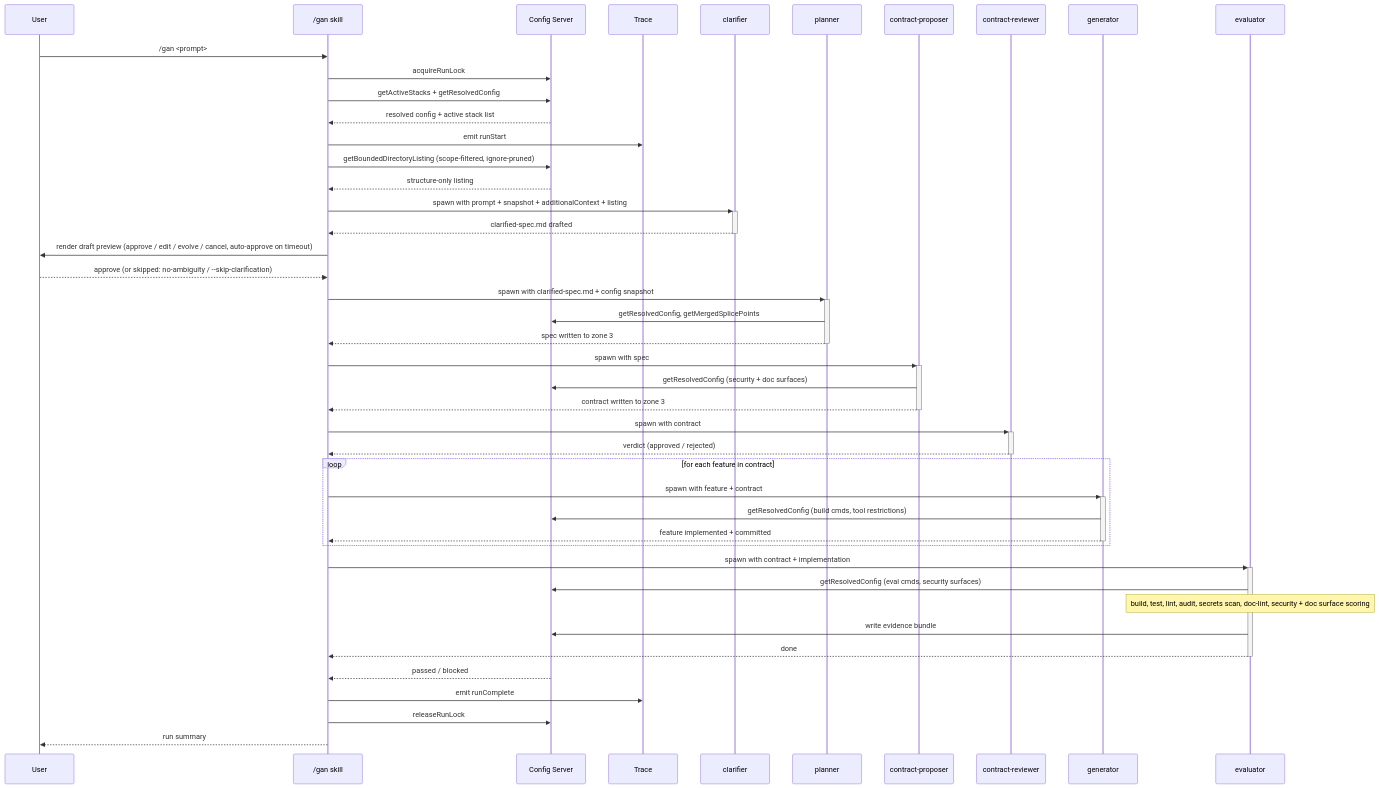
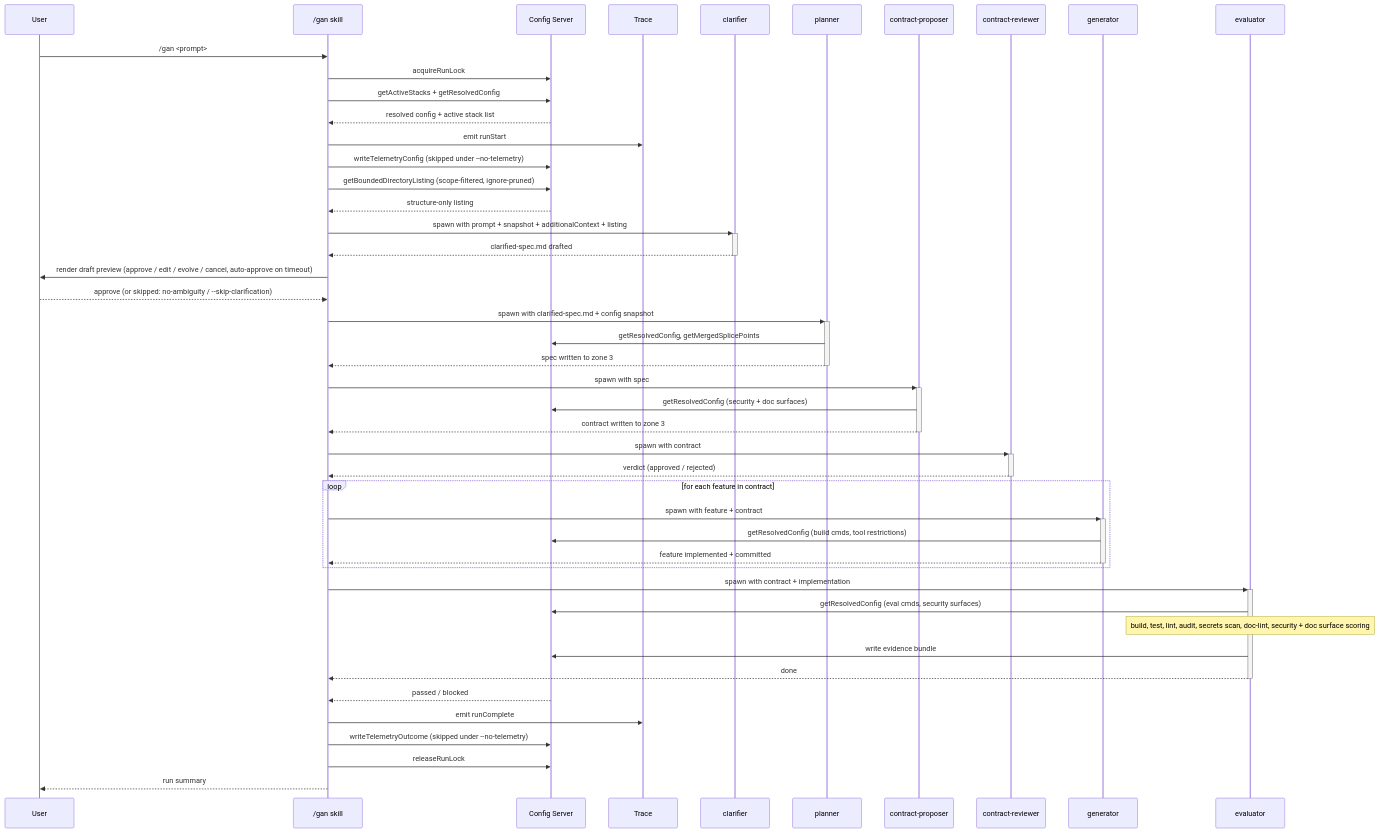
One commit to Thomas-AppForceOne/ClaudeAgents changed the second of 4 diagrams in documentation/system-overview.md. Above: the diagram before and after it, drawn with Mermaid. The commit also changed other lines of this file and 31 other files, not shown here.

First line of the commit message:
O3: telemetry semantics — config.json + outcome.json + --no-telemetry (#39)

````diff
--- a/documentation/system-overview.md
+++ b/documentation/system-overview.md
@@ -74,54 +74,56 @@
 ```mermaid
 sequenceDiagram
     participant U as User
     participant SK as /gan skill
     participant CS as Config Server
     participant TR as Trace
     participant CL as clarifier
     participant PL as planner
     participant CP as contract-proposer
     participant CR as contract-reviewer
     participant GN as generator
     participant EV as evaluator
 
     U->>SK: /gan <prompt>
     SK->>CS: acquireRunLock
     SK->>CS: getActiveStacks + getResolvedConfig
     CS-->>SK: resolved config + active stack list
     SK->>TR: emit runStart
+    SK->>CS: writeTelemetryConfig (skipped under --no-telemetry)
 
     SK->>CS: getBoundedDirectoryListing (scope-filtered, ignore-pruned)
     CS-->>SK: structure-only listing
     SK->>+CL: spawn with prompt + snapshot + additionalContext + listing
     CL-->>-SK: clarified-spec.md drafted
     SK->>U: render draft preview (approve / edit / evolve / cancel, auto-approve on timeout)
     U-->>SK: approve (or skipped: no-ambiguity / --skip-clarification)
 
     SK->>+PL: spawn with clarified-spec.md + config snapshot
     PL->>CS: getResolvedConfig, getMergedSplicePoints
     PL-->>-SK: spec written to zone 3
 
     SK->>+CP: spawn with spec
     CP->>CS: getResolvedConfig (security + doc surfaces)
     CP-->>-SK: contract written to zone 3
 
     SK->>+CR: spawn with contract
     CR-->>-SK: verdict (approved / rejected)
 
     loop for each feature in contract
         SK->>+GN: spawn with feature + contract
         GN->>CS: getResolvedConfig (build cmds, tool restrictions)
         GN-->>-SK: feature implemented + committed
     end
 
     SK->>+EV: spawn with contract + implementation
     EV->>CS: getResolvedConfig (eval cmds, security surfaces)
     Note over EV: build, test, lint, audit, secrets scan, doc-lint, security + doc surface scoring
     EV->>CS: write evidence bundle
     EV-->>-SK: done
     CS-->>SK: passed / blocked
 
     SK->>TR: emit runComplete
+    SK->>CS: writeTelemetryOutcome (skipped under --no-telemetry)
     SK->>CS: releaseRunLock
     SK-->>U: run summary
 ```
````
